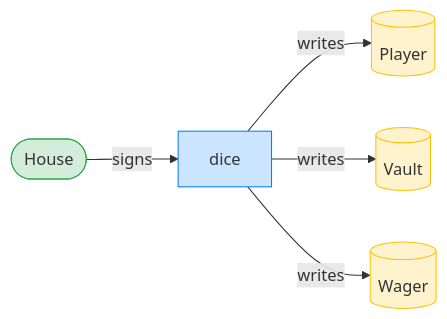
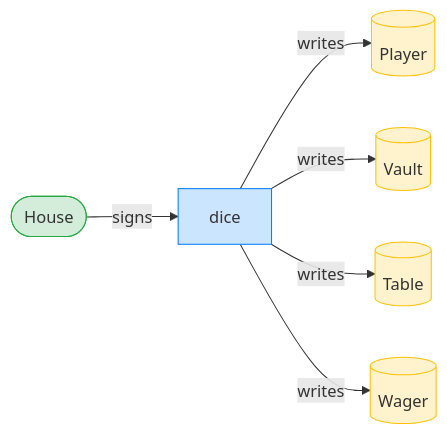
Before and after one commit to cds-turbin3/builder-05-no-fair-dice: the second of 3 diagrams in dogfood/report/losing-roll.md, drawn with Mermaid. The commit also changed other lines of this file and 12 other files, not shown here.

````diff
--- a/dogfood/report/losing-roll.md
+++ b/dogfood/report/losing-roll.md
@@ -32,15 +32,17 @@
 ```mermaid
 flowchart LR
     classDef signer fill:#d4edda,stroke:#28a745;
     classDef program fill:#cce5ff,stroke:#007bff;
     classDef writable fill:#fff3cd,stroke:#ffc107;
     dice[dice]:::program
     House([House]):::signer
     Player[(Player)]:::writable
     Vault[(Vault)]:::writable
+    Table[(Table)]:::writable
     Wager[(Wager)]:::writable
     House -->|signs| dice
     dice -->|writes| Player
     dice -->|writes| Vault
+    dice -->|writes| Table
     dice -->|writes| Wager
 ```
````
